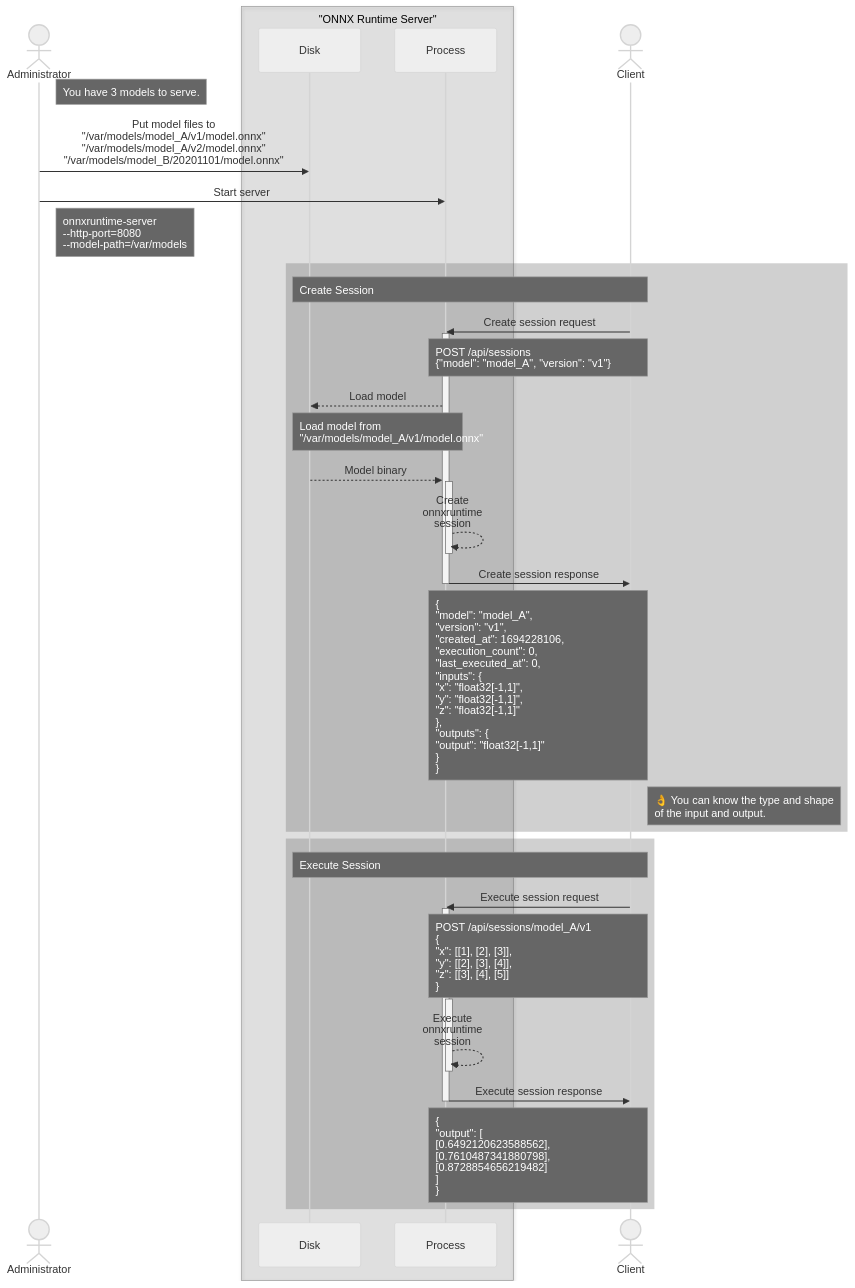
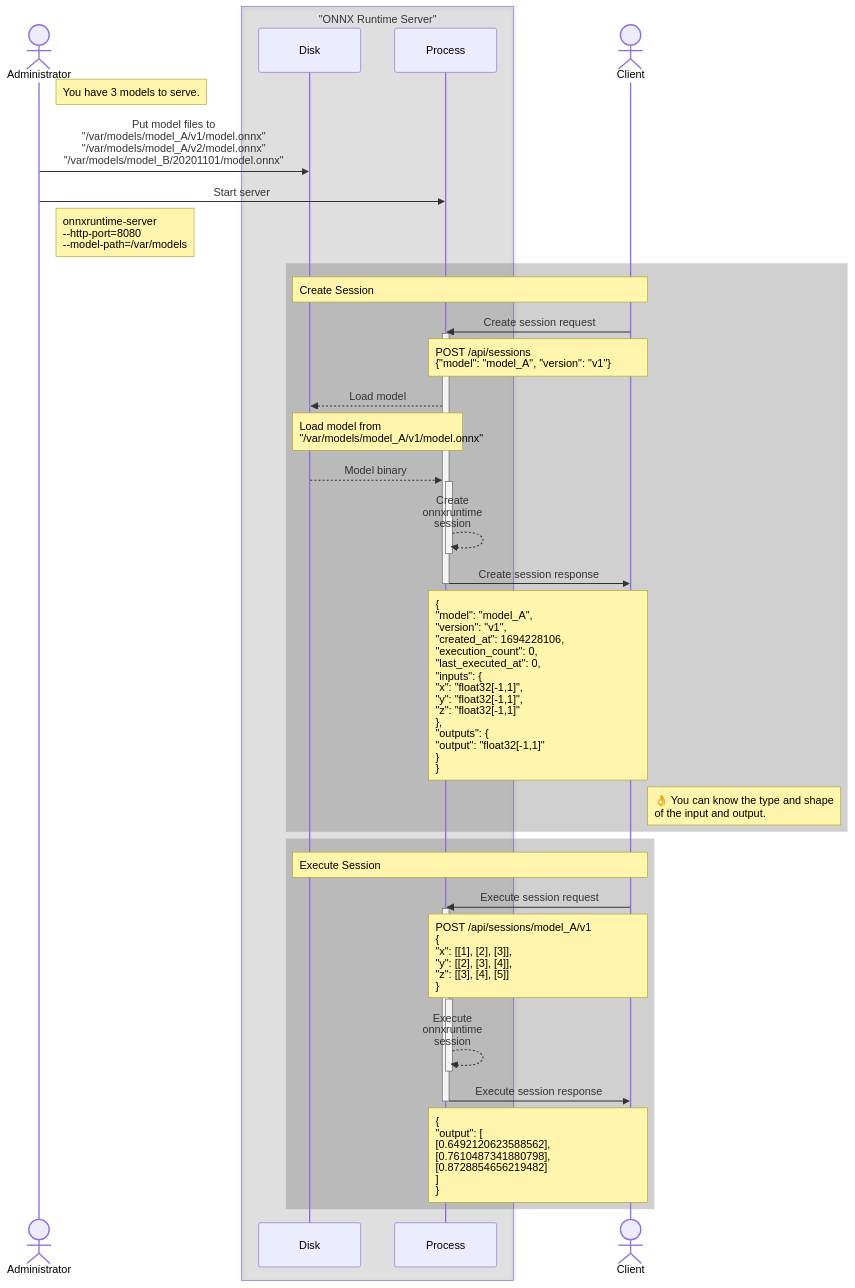
One commit to kibae/onnxruntime-server changed the second of 2 diagrams in README.md. Above: the diagram before and after it, drawn with Mermaid. The commit also changed other lines of this file, not shown here.

````diff
--- a/README.md
+++ b/README.md
@@ -202,45 +201,44 @@
 ```mermaid
 %%{init: {
-    'sequence': {'noteAlign': 'left', 'mirrorActors': true},
-    'theme': 'neutral'
+    'sequence': {'noteAlign': 'left', 'mirrorActors': true}
 }}%%
 sequenceDiagram
     actor A as Administrator
     box rgb(0, 0, 0, 0.1) "ONNX Runtime Server"
         participant SD as Disk
         participant SP as Process
     end
     actor C as Client
     Note right of A: You have 3 models to serve.
     A ->> SD: Put model files to<br />"/var/models/model_A/v1/model.onnx"<br />"/var/models/model_A/v2/model.onnx"<br />"/var/models/model_B/20201101/model.onnx"
     A ->> SP: Start server
     Note right of A: onnxruntime-server<br />--http-port=8080<br />--model-path=/var/models
     rect rgb(100, 100, 100, 0.3)
         Note over SD, C: Create Session
         C ->> SP: Create session request
         activate SP
         Note over SP, C: POST /api/sessions<br />{"model": "model_A", "version": "v1"}
         SP -->> SD: Load model
         Note over SD, SP: Load model from<br />"/var/models/model_A/v1/model.onnx"
         SD -->> SP: Model binary
         activate SP
         SP -->> SP: Create<br />onnxruntime<br />session
         deactivate SP
         SP ->> C: Create session response
         deactivate SP
         Note over SP, C: {<br />"model": "model_A",<br />"version": "v1",<br />"created_at": 1694228106,<br />"execution_count": 0,<br />"last_executed_at": 0,<br />"inputs": {<br />"x": "float32[-1,1]",<br />"y": "float32[-1,1]",<br />"z": "float32[-1,1]"<br />},<br />"outputs": {<br />"output": "float32[-1,1]"<br />}<br />}
         Note right of C: 👌 You can know the type and shape<br />of the input and output.
     end
     rect rgb(100, 100, 100, 0.3)
         Note over SD, C: Execute Session
         C ->> SP: Execute session request
         activate SP
         Note over SP, C: POST /api/sessions/model_A/v1<br />{<br />"x": [[1], [2], [3]],<br />"y": [[2], [3], [4]],<br />"z": [[3], [4], [5]]<br />}
         activate SP
         SP -->> SP: Execute<br />onnxruntime<br />session
         deactivate SP
         SP ->> C: Execute session response
         deactivate SP
         Note over SP, C: {<br />"output": [<br />[0.6492120623588562],<br />[0.7610487341880798],<br />[0.8728854656219482]<br />]<br />}
     end
 ```
````
